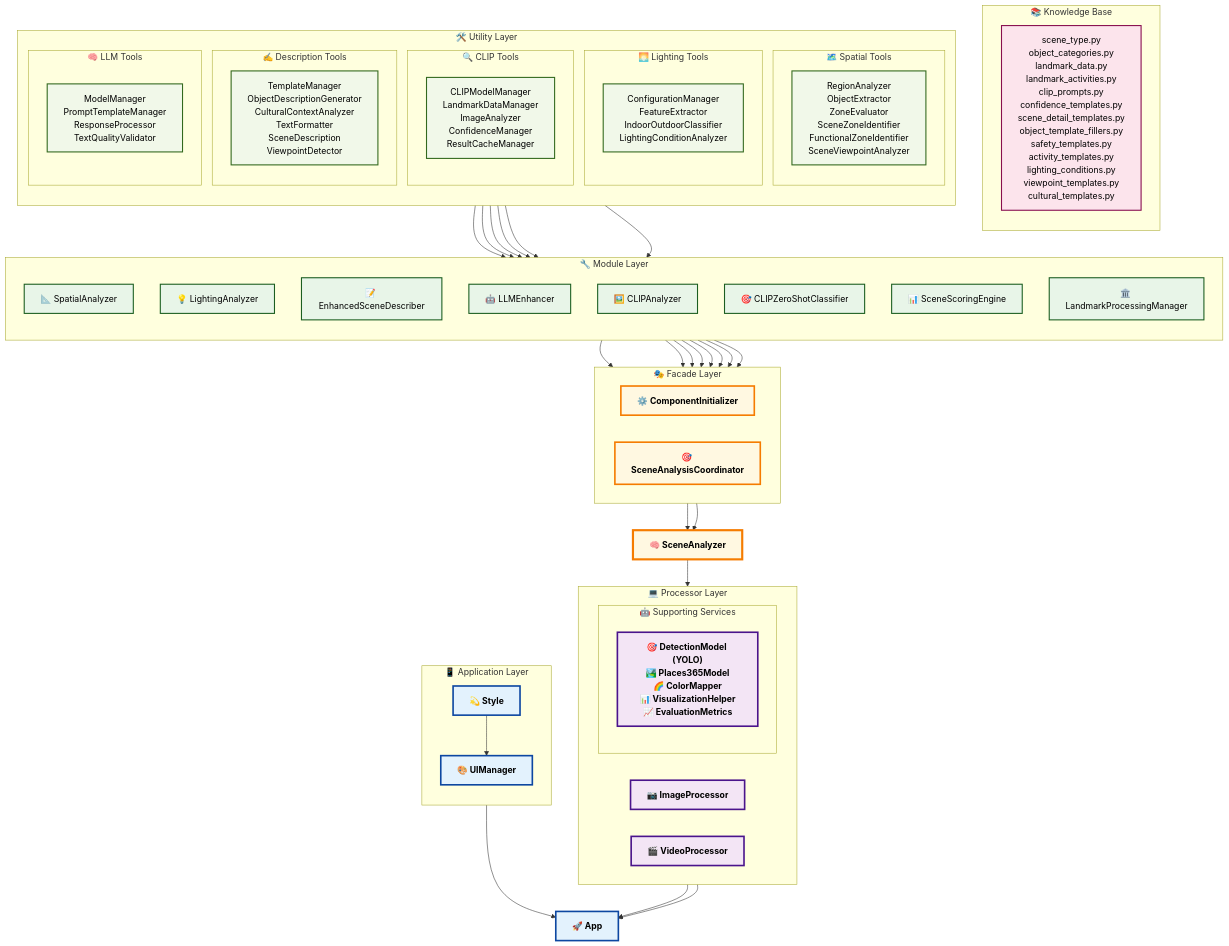
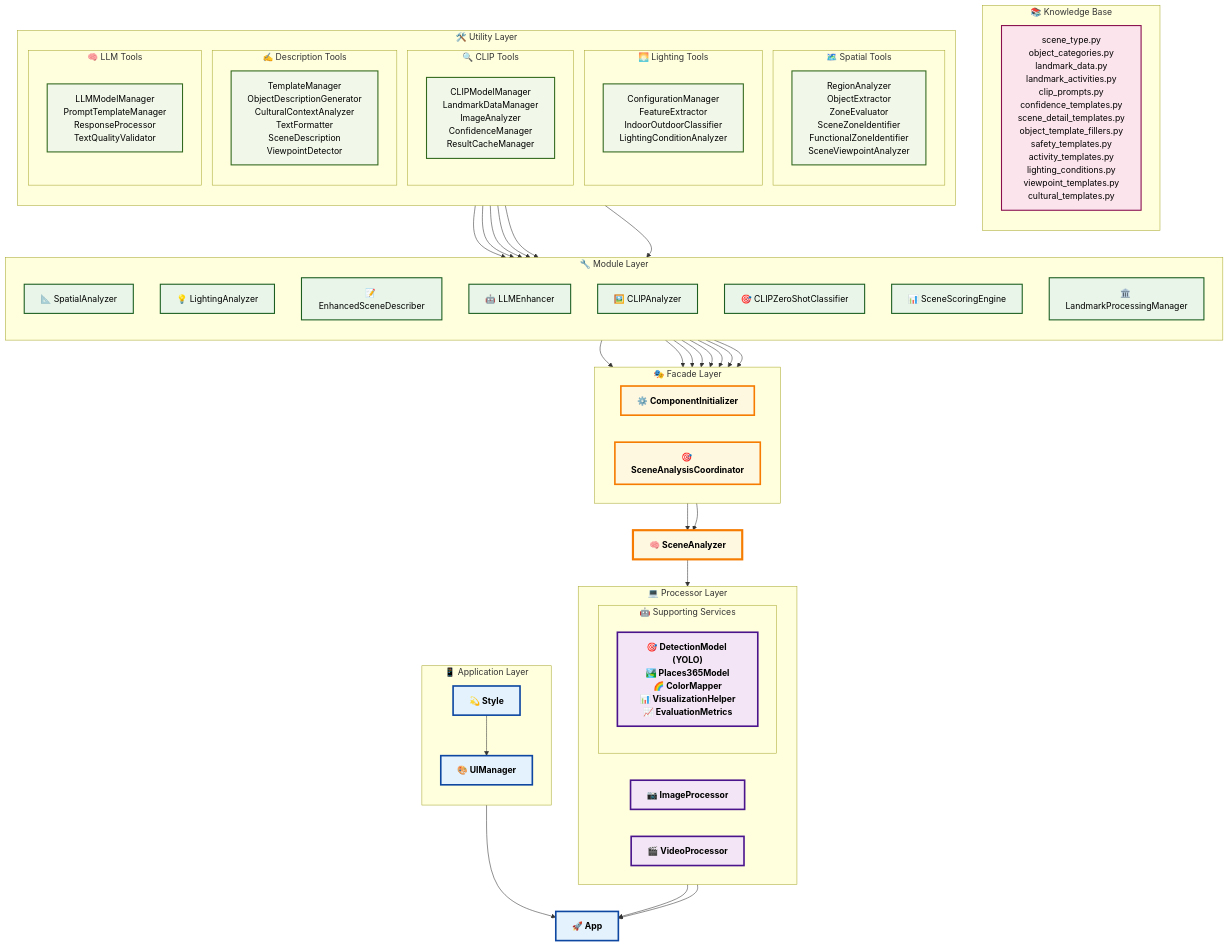
The diagram in Data Science Projects/VisionScout/README.md (Eric-Chung-0511/Learning-Record), drawn with Mermaid before and after one commit.

```diff
--- a/Data Science Projects/VisionScout/README.md
+++ b/Data Science Projects/VisionScout/README.md
@@ -180,7 +180,7 @@
         end
         
         subgraph "🧠 LLM Tools"
-            LLMTools["ModelManager<br/>PromptTemplateManager<br/>ResponseProcessor<br/>TextQualityValidator"]
+            LLMTools["LLMModelManager<br/>PromptTemplateManager<br/>ResponseProcessor<br/>TextQualityValidator"]
         end
     end
 
```
